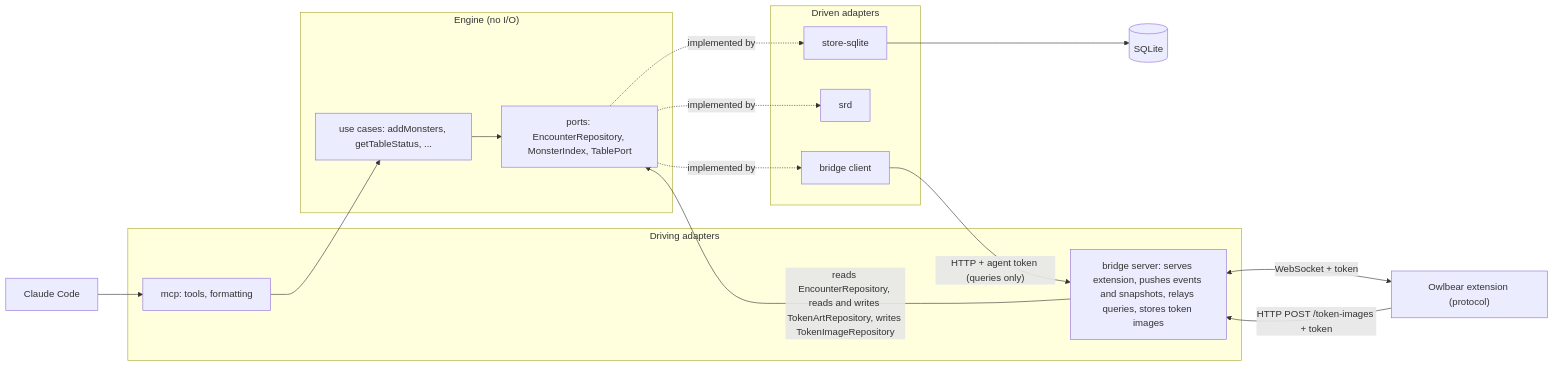
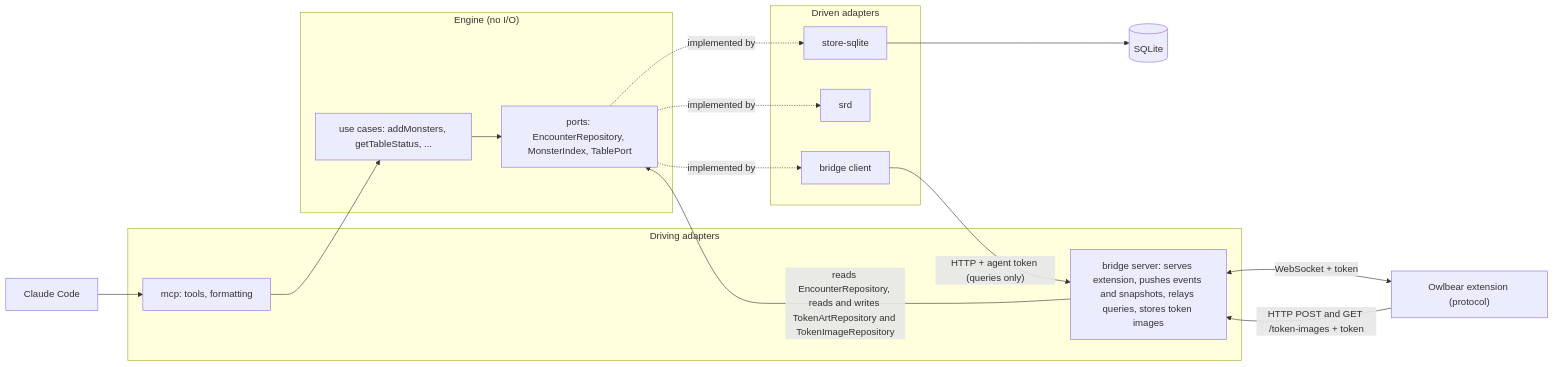
Before and after one commit to askrzypczak/ttrpg-agents: the first of 2 diagrams in docs/architecture.md, drawn with Mermaid. The commit also changed other lines of this file and 1 other file, not shown here.

First line of the commit message:
docs: token image read route and the republish of stored token art (#220)

````diff
--- a/docs/architecture.md
+++ b/docs/architecture.md
@@ -7,27 +7,27 @@
 ```mermaid
 flowchart LR
   claude["Claude Code"] --> mcp
   subgraph driving["Driving adapters"]
     mcp["mcp: tools, formatting"]
     bsrv["bridge server: serves extension, pushes events and snapshots, relays queries, stores token images"]
   end
   subgraph core["Engine (no I/O)"]
     uc["use cases: addMonsters, getTableStatus, ..."]
     ports["ports: EncounterRepository, MonsterIndex, TablePort"]
   end
   subgraph driven["Driven adapters"]
     store["store-sqlite"]
     srd["srd"]
     bclient["bridge client"]
   end
   mcp --> uc
-  bsrv -->|"reads EncounterRepository, reads and writes TokenArtRepository, writes TokenImageRepository"| ports
+  bsrv -->|"reads EncounterRepository, reads and writes TokenArtRepository and TokenImageRepository"| ports
   uc --> ports
   ports -.implemented by.-> store
   ports -.implemented by.-> srd
   ports -.implemented by.-> bclient
   store --> db[("SQLite")]
   bclient -->|"HTTP + agent token (queries only)"| bsrv
   bsrv <-->|"WebSocket + token"| ext["Owlbear extension (protocol)"]
-  ext -->|"HTTP POST /token-images + token"| bsrv
+  ext -->|"HTTP POST and GET /token-images + token"| bsrv
 ```
````
